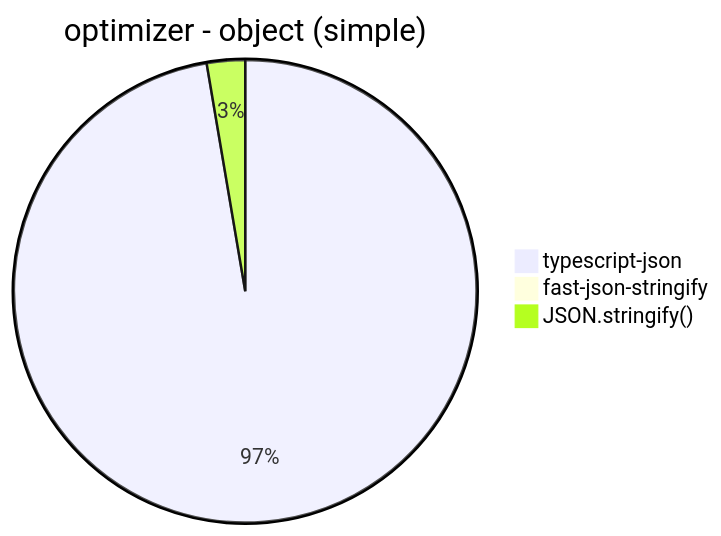
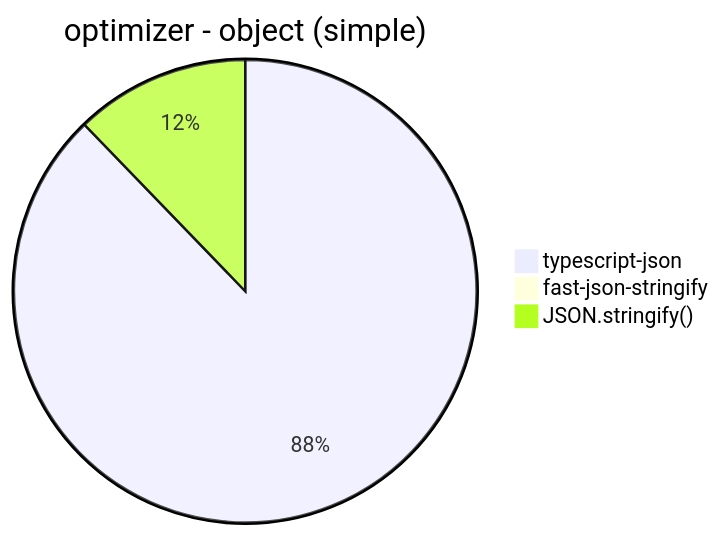
Diagram 15 of 30 in benchmark/results/AMD Ryzen 7 5800H with Radeon Graphics         .md (samchon/typia), drawn with Mermaid before and after one commit. The commit also changed other lines of this file, not shown here.

````diff
--- a/benchmark/results/AMD Ryzen 7 5800H with Radeon Graphics         .md
+++ b/benchmark/results/AMD Ryzen 7 5800H with Radeon Graphics         .md
@@ -157,6 +157,6 @@
 ```mermaid
 pie title optimizer - object (simple)
-  "typescript-json": 154509.33572710952
-  "fast-json-stringify": 5.2328623757195185
-  "JSON.stringify()": 4243.197912784197
+  "typescript-json": 39510.79795021962
+  "fast-json-stringify": 4.697286012526096
+  "JSON.stringify()": 5501.402655694782
 ```
````
